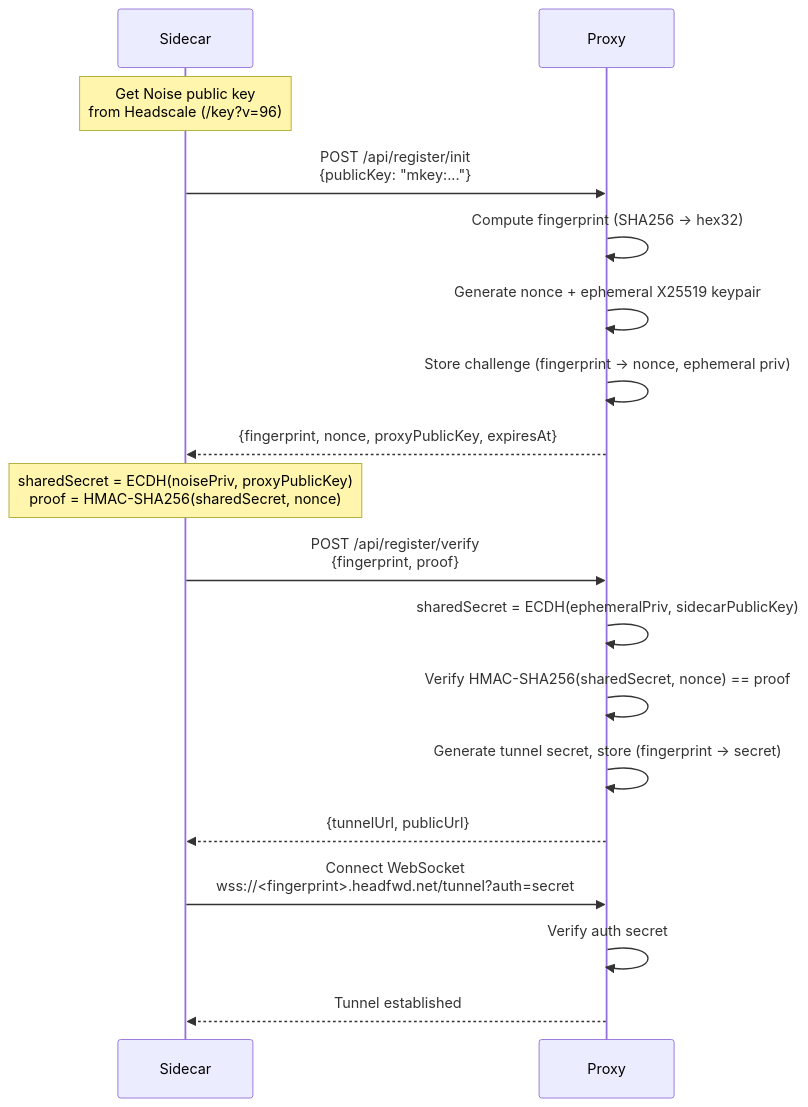
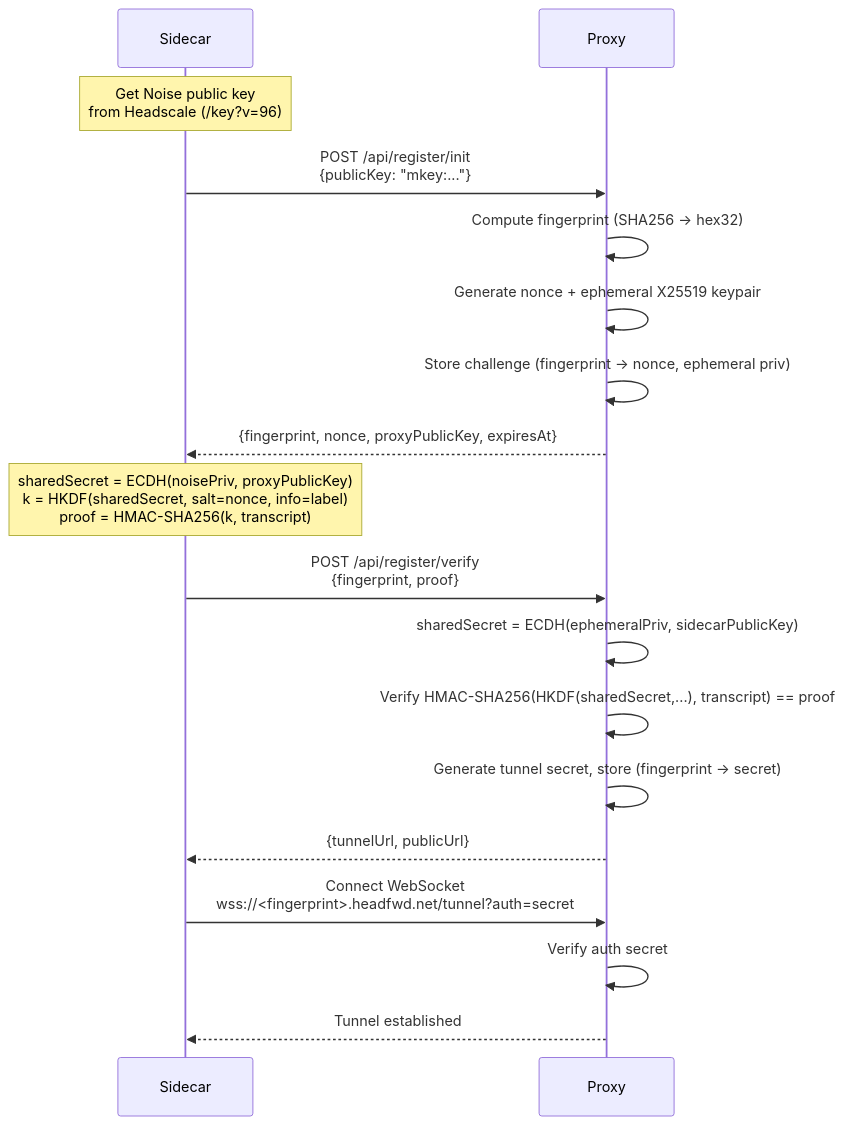
The diagram in docs/REGISTRATION.md (bridgedesktop/headfwd), drawn with Mermaid before and after one commit. The commit also changed other lines of this file and 8 other files, not shown here.

````diff
--- a/docs/REGISTRATION.md
+++ b/docs/REGISTRATION.md
@@ -19,23 +21,23 @@
 ```mermaid
 sequenceDiagram
     participant Sidecar
     participant Proxy
 
     Note over Sidecar: Get Noise public key<br/>from Headscale (/key?v=96)
     Sidecar->>Proxy: POST /api/register/init<br/>{publicKey: "mkey:..."}
     Proxy->>Proxy: Compute fingerprint (SHA256 → hex32)
     Proxy->>Proxy: Generate nonce + ephemeral X25519 keypair
     Proxy->>Proxy: Store challenge (fingerprint → nonce, ephemeral priv)
     Proxy-->>Sidecar: {fingerprint, nonce, proxyPublicKey, expiresAt}
 
-    Note over Sidecar: sharedSecret = ECDH(noisePriv, proxyPublicKey)<br/>proof = HMAC-SHA256(sharedSecret, nonce)
+    Note over Sidecar: sharedSecret = ECDH(noisePriv, proxyPublicKey)<br/>k = HKDF(sharedSecret, salt=nonce, info=label)<br/>proof = HMAC-SHA256(k, transcript)
     Sidecar->>Proxy: POST /api/register/verify<br/>{fingerprint, proof}
     Proxy->>Proxy: sharedSecret = ECDH(ephemeralPriv, sidecarPublicKey)
-    Proxy->>Proxy: Verify HMAC-SHA256(sharedSecret, nonce) == proof
+    Proxy->>Proxy: Verify HMAC-SHA256(HKDF(sharedSecret,...), transcript) == proof
     Proxy->>Proxy: Generate tunnel secret, store (fingerprint → secret)
     Proxy-->>Sidecar: {tunnelUrl, publicUrl}
 
     Sidecar->>Proxy: Connect WebSocket<br/>wss://<fingerprint>.headfwd.net/tunnel?auth=secret
     Proxy->>Proxy: Verify auth secret
     Proxy-->>Sidecar: Tunnel established
 ```
````
